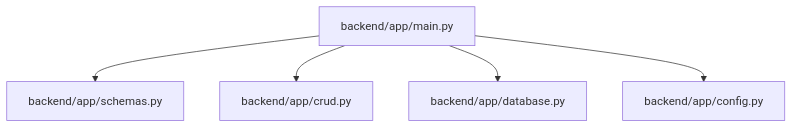
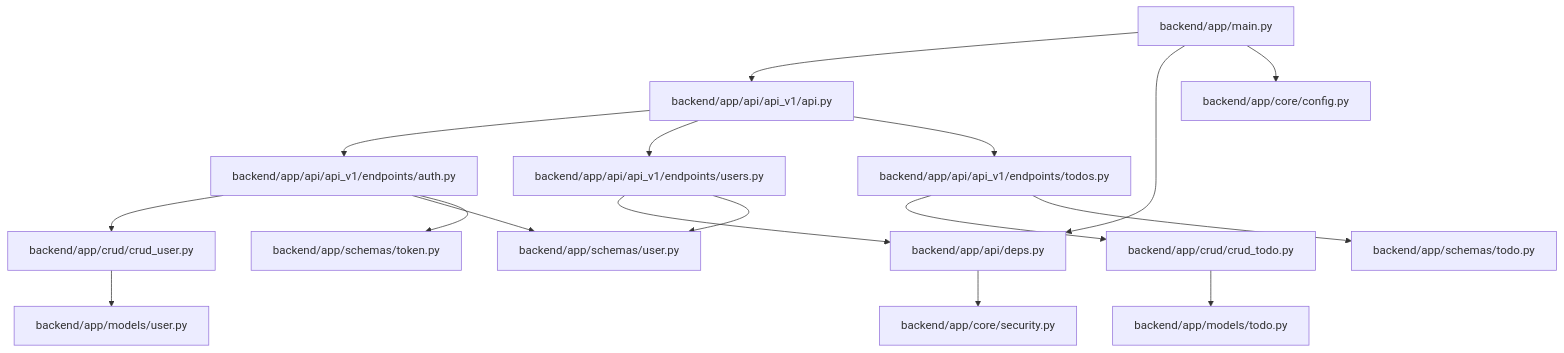
Before and after one commit to ss8806/Todos: the sixth of 6 diagrams in .qoder/repowiki/ja/content/APIリファレンス/APIリファレンス.md, drawn with Mermaid. The commit also changed other lines of this file and 5 other files, not shown here.

````diff
--- a/.qoder/repowiki/ja/content/APIリファレンス/APIリファレンス.md
+++ b/.qoder/repowiki/ja/content/APIリファレンス/APIリファレンス.md
@@ -353,12 +382,34 @@
 ```mermaid
 graph TB
 main_py["backend/app/main.py"]
-schemas_py["backend/app/schemas.py"]
-crud_py["backend/app/crud.py"]
-database_py["backend/app/database.py"]
-config_py["backend/app/config.py"]
-main_py --> schemas_py
-main_py --> crud_py
-main_py --> database_py
+api_py["backend/app/api/api_v1/api.py"]
+auth_py["backend/app/api/api_v1/endpoints/auth.py"]
+users_py["backend/app/api/api_v1/endpoints/users.py"]
+todos_py["backend/app/api/api_v1/endpoints/todos.py"]
+deps_py["backend/app/api/deps.py"]
+security_py["backend/app/core/security.py"]
+config_py["backend/app/core/config.py"]
+crud_todo_py["backend/app/crud/crud_todo.py"]
+crud_user_py["backend/app/crud/crud_user.py"]
+schemas_todo_py["backend/app/schemas/todo.py"]
+schemas_user_py["backend/app/schemas/user.py"]
+schemas_token_py["backend/app/schemas/token.py"]
+models_todo_py["backend/app/models/todo.py"]
+models_user_py["backend/app/models/user.py"]
+main_py --> api_py
+api_py --> auth_py
+api_py --> users_py
+api_py --> todos_py
+main_py --> deps_py
+deps_py --> security_py
 main_py --> config_py
+auth_py --> crud_user_py
+users_py --> deps_py
+todos_py --> crud_todo_py
+auth_py --> schemas_user_py
+auth_py --> schemas_token_py
+users_py --> schemas_user_py
+todos_py --> schemas_todo_py
+crud_todo_py --> models_todo_py
+crud_user_py --> models_user_py
 ```
````
